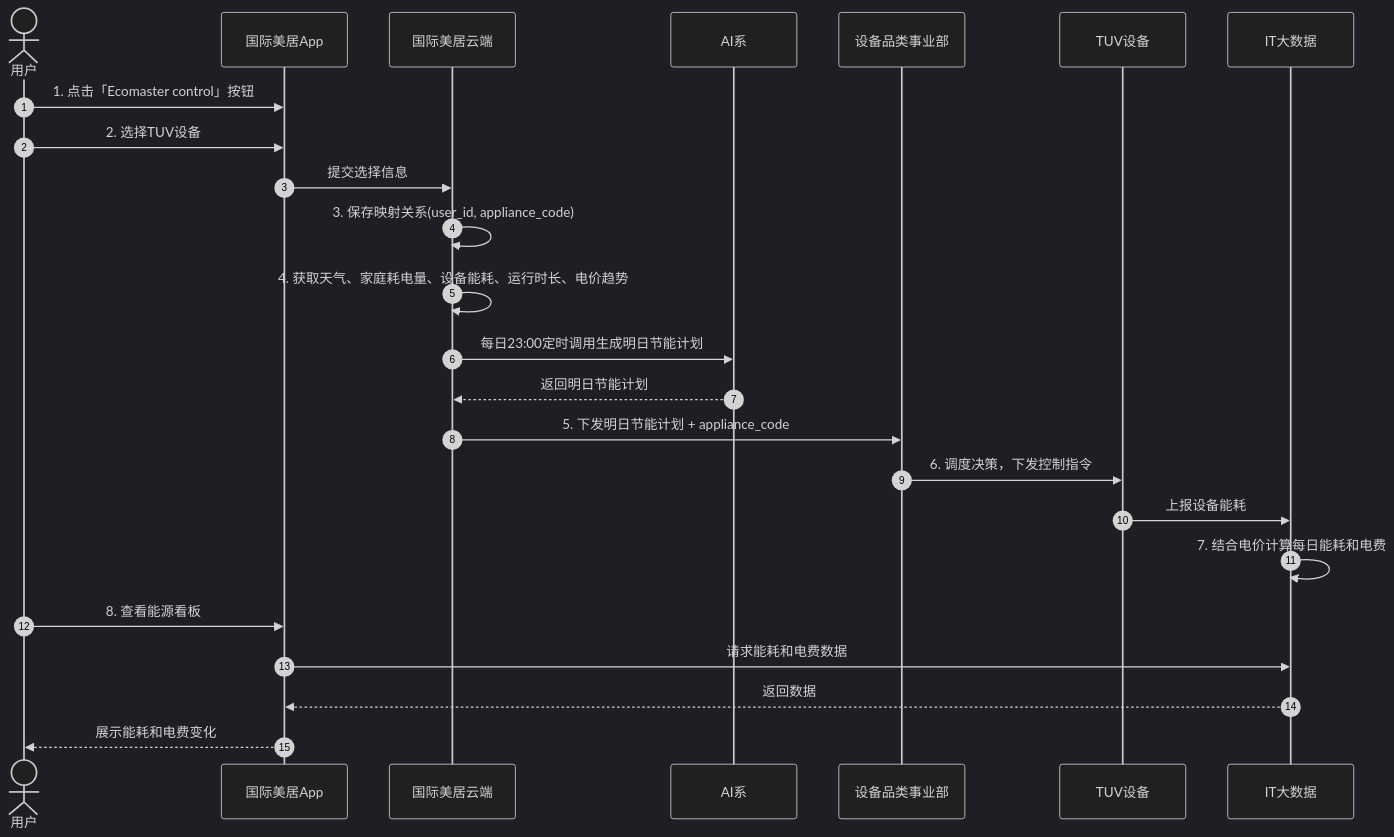
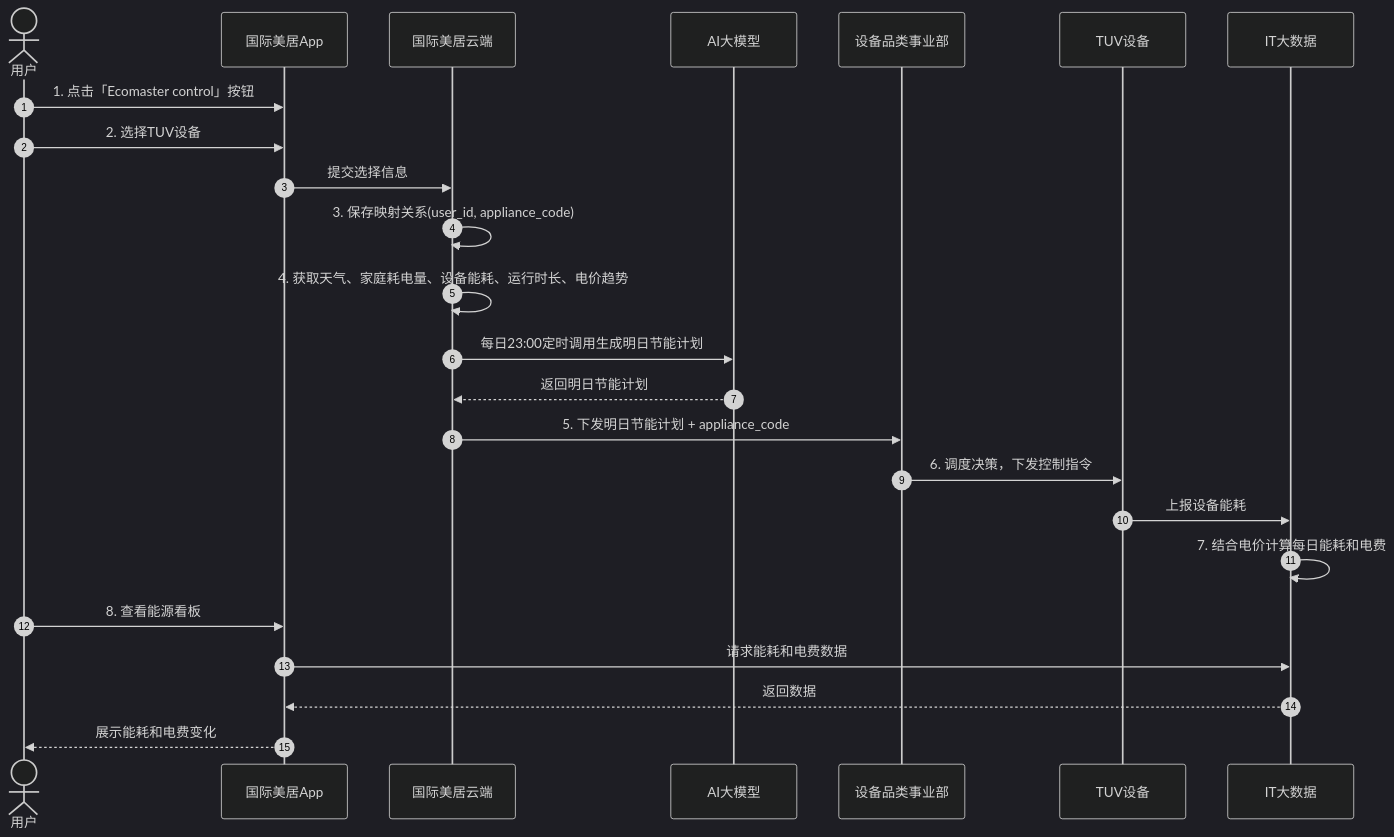
One commit to ixiaoyang8/iodraw-files changed the diagram in all/未命名-19.md. Above: the diagram before and after it, drawn with Mermaid (dark theme).

Commit message:
2026-09-16 13:34:08 update

````diff
--- a/all/未命名-19.md
+++ b/all/未命名-19.md
@@ -1,28 +1,28 @@
 ```mermaid
 sequenceDiagram
     autonumber
     actor 用户 as 用户
     participant App as 国际美居App
     participant Cloud as 国际美居云端
-    participant AI as AI系
+    participant AI as AI大模型
     participant Division as 设备品类事业部
     participant Device as TUV设备
     participant BigData as IT大数据
 
     用户->>App: 1. 点击「Ecomaster control」按钮
     用户->>App: 2. 选择TUV设备
     App->>Cloud: 提交选择信息
     Cloud->>Cloud: 3. 保存映射关系(user_id, appliance_code)
     Cloud->>Cloud: 4. 获取天气、家庭耗电量、设备能耗、运行时长、电价趋势
     Cloud->>AI: 每日23:00定时调用生成明日节能计划
     AI-->>Cloud: 返回明日节能计划
     Cloud->>Division: 5. 下发明日节能计划 + appliance_code
     Division->>Device: 6. 调度决策，下发控制指令
     Device->>BigData: 上报设备能耗
     BigData->>BigData: 7. 结合电价计算每日能耗和电费
     用户->>App: 8. 查看能源看板
     App->>BigData: 请求能耗和电费数据
     BigData-->>App: 返回数据
     App-->>用户: 展示能耗和电费变化
 
 ```
````
